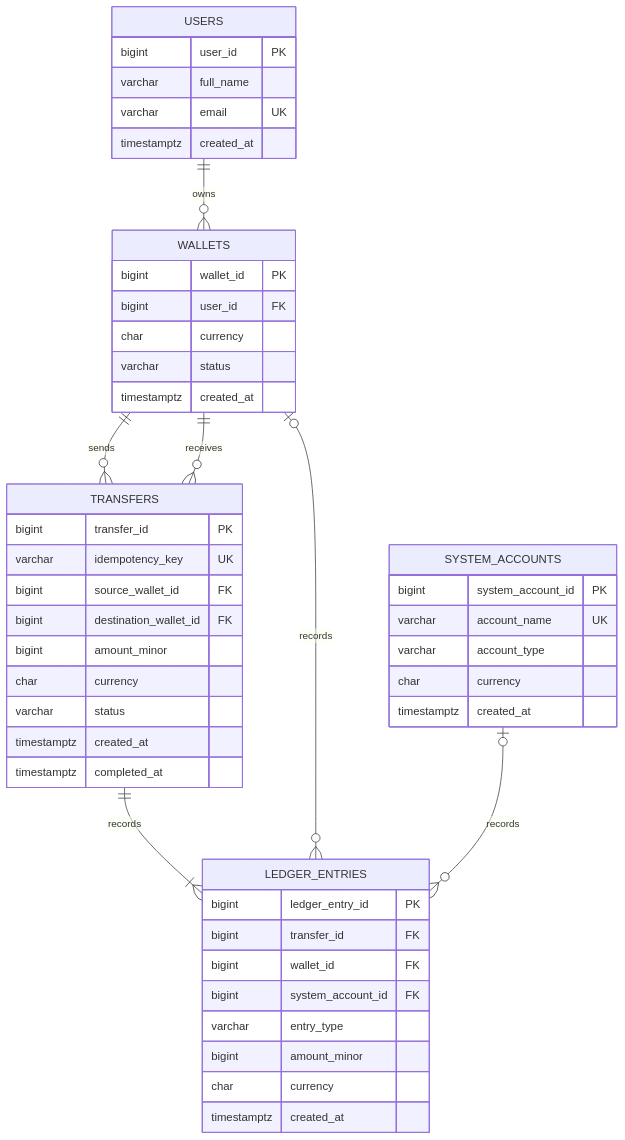
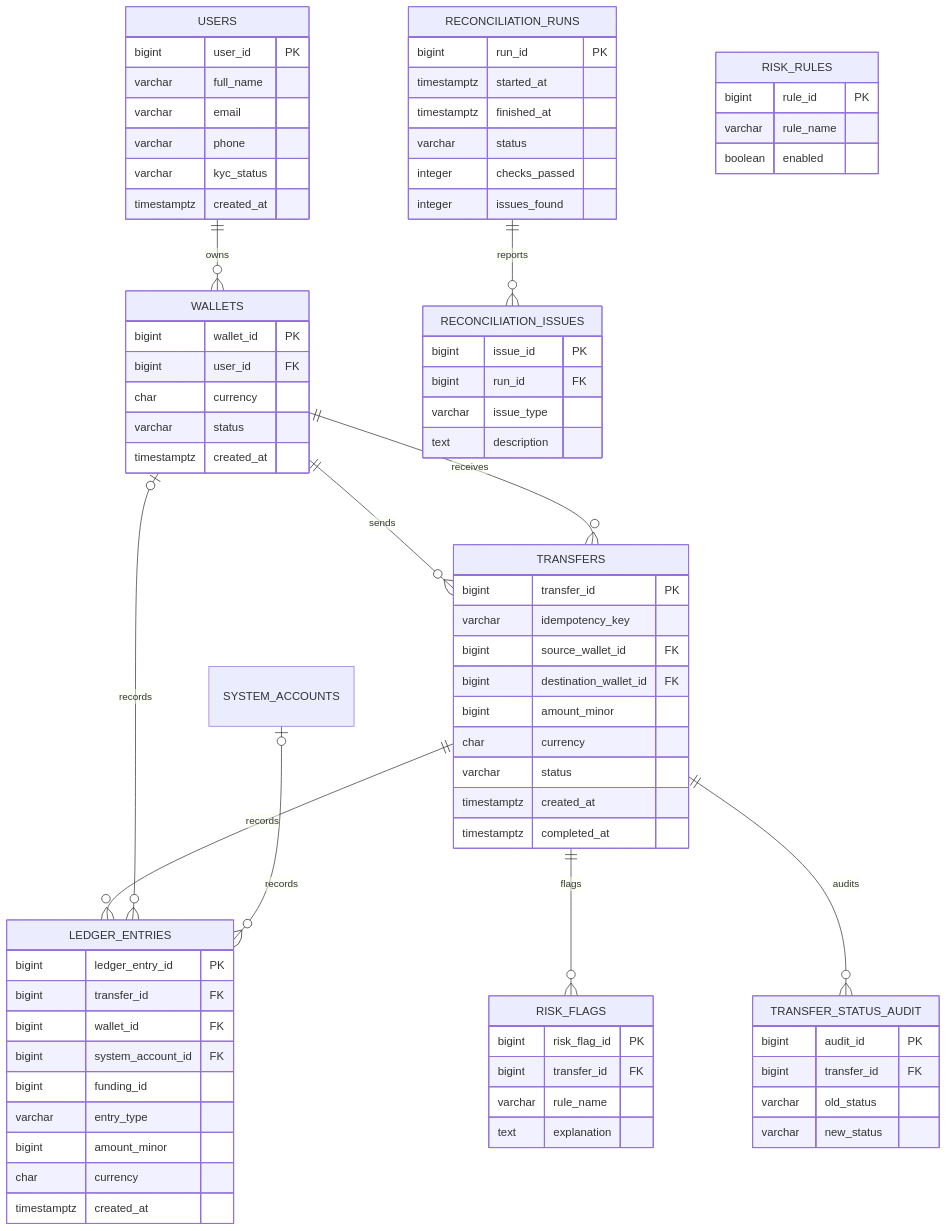
The diagram in docs/schema.md (csai9481-glitch/Payments-Wallet-Ledger), drawn with Mermaid before and after one commit. The commit also changed other lines of this file and 4 other files, not shown here.

Commit message:
Add wallet ledger CI tests and documentation

````diff
--- a/docs/schema.md
+++ b/docs/schema.md
@@ -241,109 +155,89 @@
 ```mermaid
-
 erDiagram
-
     USERS ||--o{ WALLETS : owns
-
     WALLETS ||--o{ TRANSFERS : sends
-
     WALLETS ||--o{ TRANSFERS : receives
-
-    TRANSFERS ||--|{ LEDGER_ENTRIES : records
-
+    TRANSFERS ||--o{ LEDGER_ENTRIES : records
     WALLETS o|--o{ LEDGER_ENTRIES : records
-
     SYSTEM_ACCOUNTS o|--o{ LEDGER_ENTRIES : records
-
-
+    RECONCILIATION_RUNS ||--o{ RECONCILIATION_ISSUES : reports
+    TRANSFERS ||--o{ RISK_FLAGS : flags
+    TRANSFERS ||--o{ TRANSFER_STATUS_AUDIT : audits
 
     USERS {
-
         bigint user_id PK
-
         varchar full_name
-
-        varchar email UK
-
+        varchar email
+        varchar phone
+        varchar kyc_status
         timestamptz created_at
-
     }
 
-
-
     WALLETS {
-
         bigint wallet_id PK
-
         bigint user_id FK
-
         char currency
-
         varchar status
-
         timestamptz created_at
-
     }
 
-
-
-    SYSTEM_ACCOUNTS {
-
-        bigint system_account_id PK
-
-        varchar account_name UK
-
-        varchar account_type
-
+    TRANSFERS {
+        bigint transfer_id PK
+        varchar idempotency_key
+        bigint source_wallet_id FK
+        bigint destination_wallet_id FK
+        bigint amount_minor
         char currency
-
+        varchar status
         timestamptz created_at
-
+        timestamptz completed_at
     }
 
-
-
-    TRANSFERS {
-
-        bigint transfer_id PK
-
-        varchar idempotency_key UK
-
-        bigint source_wallet_id FK
-
-        bigint destination_wallet_id FK
-
+    LEDGER_ENTRIES {
+        bigint ledger_entry_id PK
+        bigint transfer_id FK
+        bigint wallet_id FK
+        bigint system_account_id FK
+        bigint funding_id
+        varchar entry_type
         bigint amount_minor
-
         char currency
-
-        varchar status
-
         timestamptz created_at
-
-        timestamptz completed_at
-
     }
 
-
-
-    LEDGER_ENTRIES {
-
-        bigint ledger_entry_id PK
-
-        bigint transfer_id FK
-
-        bigint wallet_id FK
-
-        bigint system_account_id FK
-
-        varchar entry_type
-
-        bigint amount_minor
-
-        char currency
-
-        timestamptz created_at
-
+    RECONCILIATION_RUNS {
+        bigint run_id PK
+        timestamptz started_at
+        timestamptz finished_at
+        varchar status
+        integer checks_passed
+        integer issues_found
     }
 
+    RECONCILIATION_ISSUES {
+        bigint issue_id PK
+        bigint run_id FK
+        varchar issue_type
+        text description
+    }
+
+    RISK_RULES {
+        bigint rule_id PK
+        varchar rule_name
+        boolean enabled
+    }
+
+    RISK_FLAGS {
+        bigint risk_flag_id PK
+        bigint transfer_id FK
+        varchar rule_name
+        text explanation
+    }
+
+    TRANSFER_STATUS_AUDIT {
+        bigint audit_id PK
+        bigint transfer_id FK
+        varchar old_status
+        varchar new_status
+    }
 ```
````
